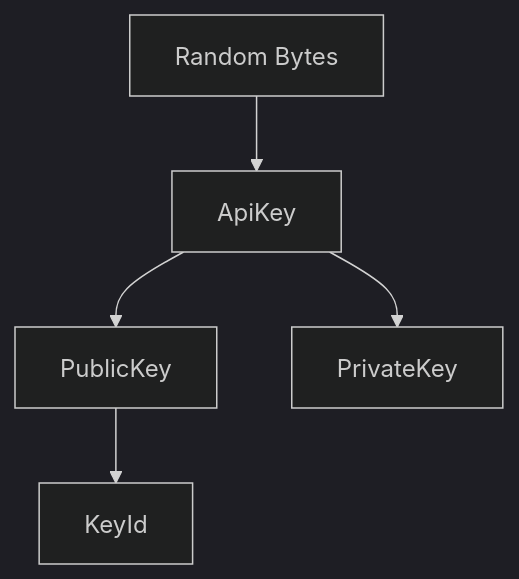
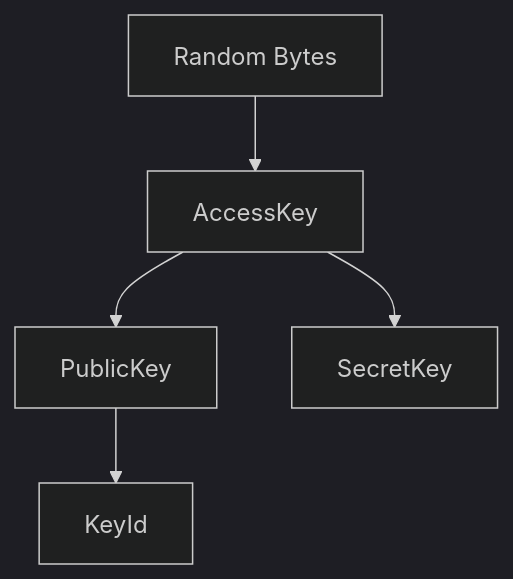
Before and after one commit to 4Players/odin-tokens: the diagram in README.md, drawn with Mermaid (dark theme). The commit also changed other lines of this file and 7 other files, not shown here.

Commit message:
rename api key to access key

````diff
--- a/README.md
+++ b/README.md
@@ -13,7 +13,7 @@
 ```mermaid
 graph TB
-  RandomBytes[Random Bytes] --> ApiKey;
-  ApiKey --> PublicKey;
-  ApiKey --> PrivateKey;
+  RandomBytes[Random Bytes] --> AccessKey;
+  AccessKey --> PublicKey;
+  AccessKey --> SecretKey;
   PublicKey --> KeyId;
 ```
````
